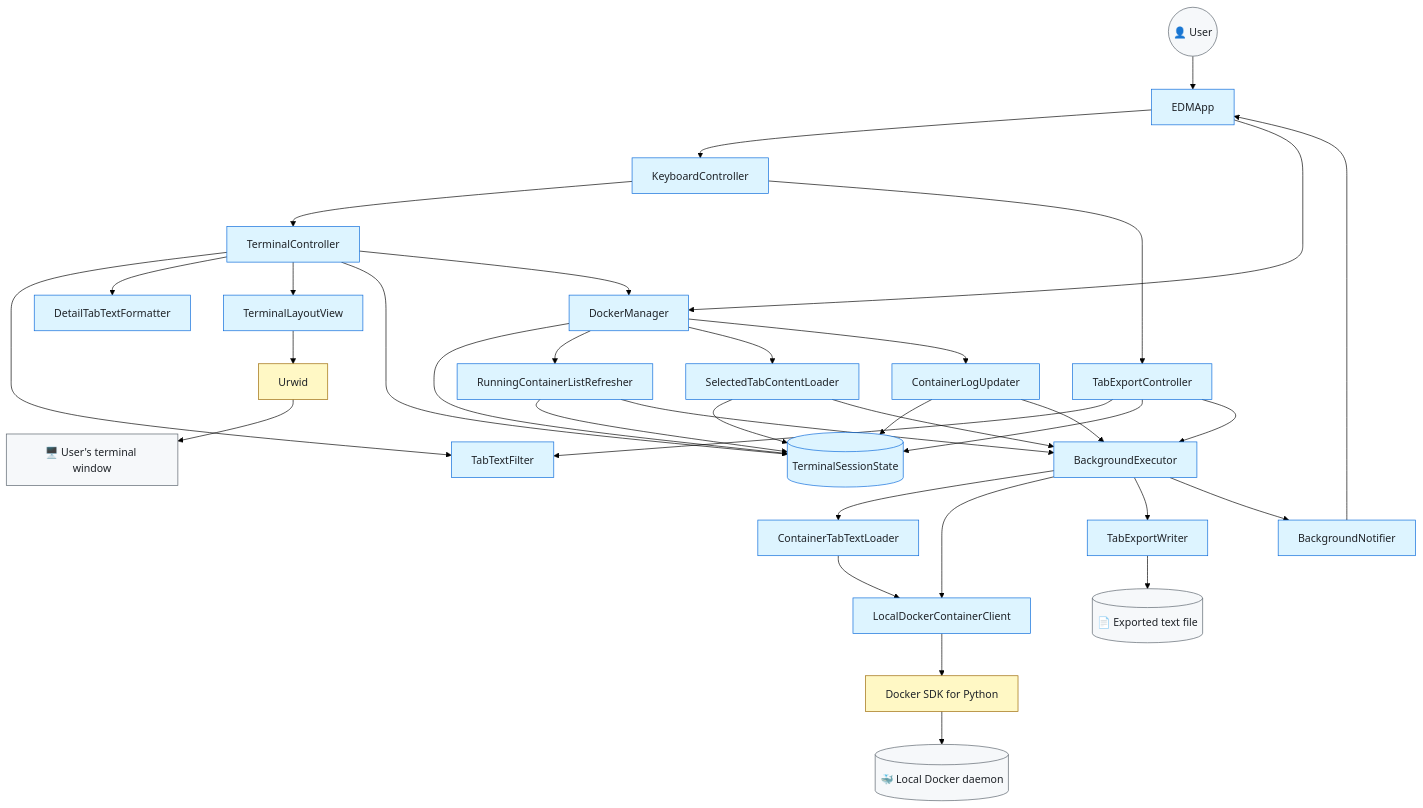
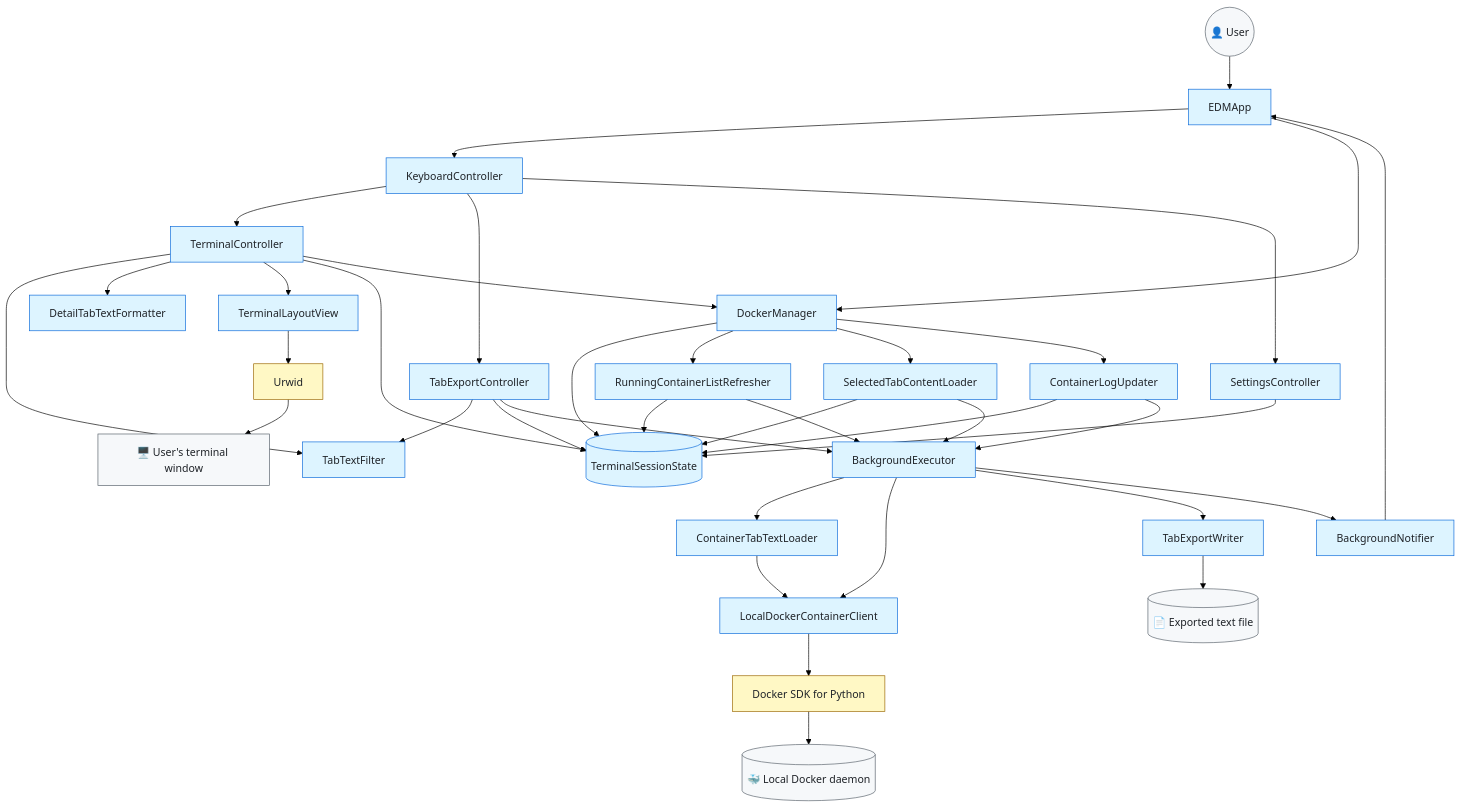
The first of 5 diagrams in DEVELOPMENT_GUIDE.md (arabnejad/edm), drawn with Mermaid (forest theme) before and after one commit. The commit also changed other lines of this file and 23 other files, not shown here.

Commit message:
Add in-app settings editor (#53)

````diff
--- a/DEVELOPMENT_GUIDE.md
+++ b/DEVELOPMENT_GUIDE.md
@@ -92,65 +92,68 @@
 ```mermaid
 flowchart TD
     User(("👤 User"))
     App[EDMApp]
     Keyboard[KeyboardController]
     UI[TerminalController]
     ExportController[TabExportController]
+    SettingsController[SettingsController]
     State[(TerminalSessionState)]
     DockerManager[DockerManager]
     ContainerRefresh[RunningContainerListRefresher]
     TabLoad[SelectedTabContentLoader]
     LogUpdates[ContainerLogUpdater]
     Executor[BackgroundExecutor]
     Notifier[BackgroundNotifier]
     Loader[ContainerTabTextLoader]
     Client[LocalDockerContainerClient]
     DockerSDK[Docker SDK for Python]
     Docker[(🐳 Local Docker daemon)]
     Filter[TabTextFilter]
     Formatter[DetailTabTextFormatter]
     Exporter[TabExportWriter]
     File[(📄 Exported text file)]
     View[TerminalLayoutView]
     Urwid[Urwid]
     Terminal[🖥️ User's terminal window]
 
     User --> App --> Keyboard
     Keyboard --> UI
     Keyboard --> ExportController
+    Keyboard --> SettingsController
 
     UI --> Filter
     UI --> Formatter
     UI --> View --> Urwid --> Terminal
     UI --> State
     ExportController --> Filter
     ExportController --> State
     ExportController --> Executor
+    SettingsController --> State
 
     App --> DockerManager
     UI --> DockerManager
     DockerManager --> State
     DockerManager --> ContainerRefresh
     DockerManager --> TabLoad
     DockerManager --> LogUpdates
     ContainerRefresh --> State
     ContainerRefresh --> Executor
     TabLoad --> State
     TabLoad --> Executor
     LogUpdates --> State
     LogUpdates --> Executor
     Executor --> Loader --> Client
     Executor --> Client
     Executor --> Exporter --> File
     Client --> DockerSDK --> Docker
 
     Executor --> Notifier --> App
 
     classDef edm fill:#ddf4ff,stroke:#0969da,color:#1f2328
     classDef thirdParty fill:#fff8c5,stroke:#9a6700,color:#1f2328
     classDef external fill:#f6f8fa,stroke:#57606a,color:#1f2328
 
-    class App,Keyboard,UI,ExportController,State,DockerManager,ContainerRefresh,TabLoad,LogUpdates,Executor,Notifier,Loader,Client,Filter,Formatter,Exporter,View edm
+    class App,Keyboard,UI,ExportController,SettingsController,State,DockerManager,ContainerRefresh,TabLoad,LogUpdates,Executor,Notifier,Loader,Client,Filter,Formatter,Exporter,View edm
     class DockerSDK,Urwid thirdParty
     class User,Docker,Terminal,File external
 ```
````
